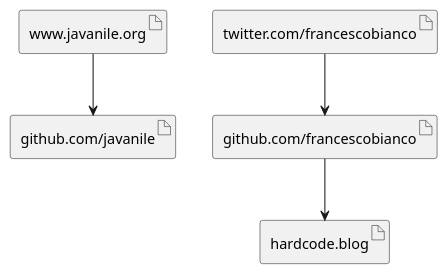
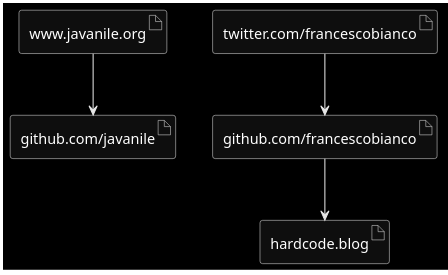
The diagram in docs/assets.puml (francescobianco/assets), drawn with PlantUML before and after one commit.

```diff
--- a/docs/assets.puml
+++ b/docs/assets.puml
@@ -1,22 +1,22 @@
 @startuml
-skinparam backgroundcolor transparent
+skinparam monochrome reverse
 
 '== Assets =='
 
 '-- Javanile --'
 artifact "www.javanile.org"
 artifact "github.com/javanile"
 
 '-- Francesco Bianco --'
 artifact "github.com/francescobianco"
 artifact "twitter.com/francescobianco"
 artifact "hardcode.blog"
 
 '== Connections =='
 
 [www.javanile.org] --> [github.com/javanile]
 [twitter.com/francescobianco] --> [github.com/francescobianco]
 
 [github.com/francescobianco] --> [hardcode.blog]
 
 @enduml
```
